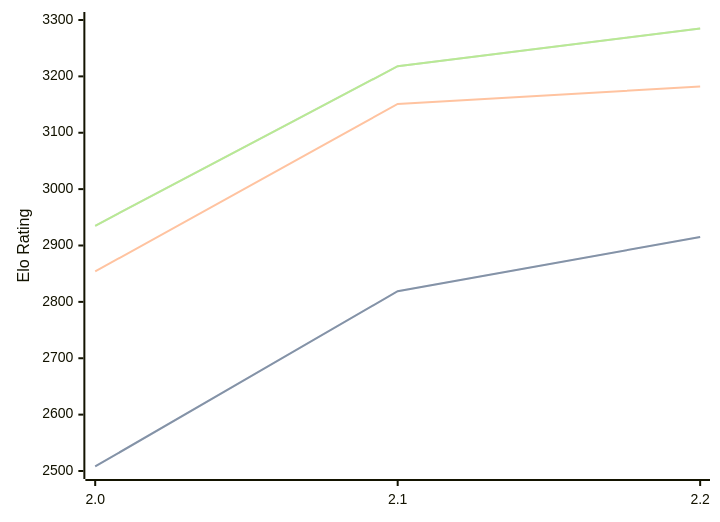
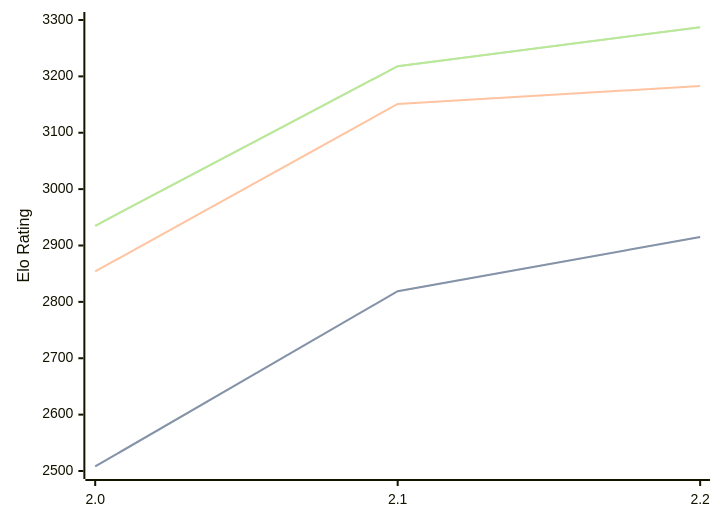
The diagram in engines/Tunguska.md (computer-chess-index/cci), drawn with Mermaid before and after one commit. The commit also changed other lines of this file, not shown here.

Commit message:
Update CCI Ratings (ELO VLTC) - 2026-09-27

````diff
--- a/engines/Tunguska.md
+++ b/engines/Tunguska.md
@@ -33,11 +33,11 @@
 ```mermaid
 %%{init: {"theme":"base","themeVariables":{"seriesColors:['#a3a3a3','#222221','#faa371']}}}%%
 xychart-beta
   x-axis ["2.0", "2.1", "2.2"]
   y-axis "Elo Rating" 2500 --> 3300
   line "" [2508, 2819, 2915]
   line "STC (8.0+0.08s)" [2508, 2819, 2915]
-  line "LTC (60.0+0.60s)" [2854, 3151, 3182]
-  line "" [2935, 3218, 3285]
-  line "VLTC (2m24s+1.12s)" [2935, 3218, 3285]
+  line "LTC (60.0+0.60s)" [2854, 3151, 3183]
+  line "" [2935, 3218, 3287]
+  line "VLTC (2m24s+1.12s)" [2935, 3218, 3287]
 ```
````
